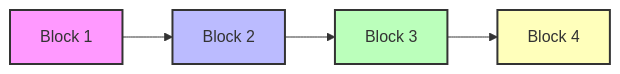
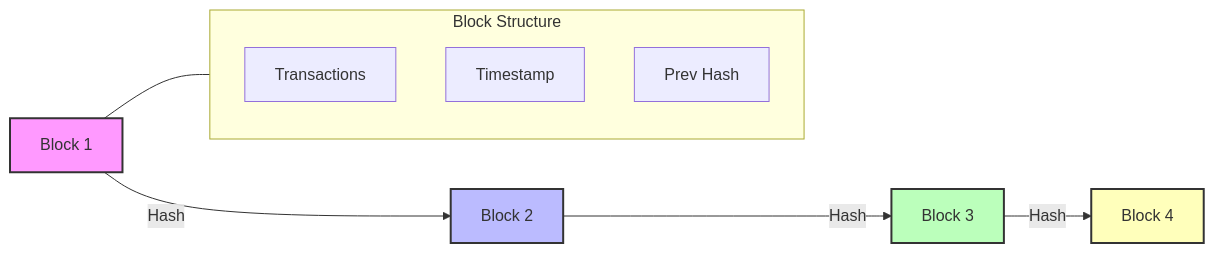
One commit to MrRogueKnight/Dev3Pack-Lisk-Solidity-Bootcamp-2025 changed the first of 4 diagrams in sessions/week1-lecture1-intro-blockchain.md. Above: the diagram before and after it, drawn with Mermaid. The commit also changed other lines of this file, not shown here.

````diff
--- a/sessions/week1-lecture1-intro-blockchain.md
+++ b/sessions/week1-lecture1-intro-blockchain.md
@@ -33,10 +33,20 @@
 ```mermaid
-graph LR
-  A[Block 1] --> B[Block 2]
-  B --> C[Block 3]
-  C --> D[Block 4]
-  style A fill:#f9f,stroke:#333,stroke-width:2px
-  style B fill:#bbf,stroke:#333,stroke-width:2px
-  style C fill:#bfb,stroke:#333,stroke-width:2px
-  style D fill:#ffb,stroke:#333,stroke-width:2px
+flowchart LR
+    A[Block 1]
+    B[Block 2]
+    C[Block 3]
+    D[Block 4]
+    A -- Hash --> B
+    B -- Hash --> C
+    C -- Hash --> D
+    subgraph BlockDetails[Block Structure]
+        TX[Transactions]
+        TS[Timestamp]
+        Prev[Prev Hash]
+    end
+    A --- BlockDetails
+    style A fill:#f9f,stroke:#333,stroke-width:2px
+    style B fill:#bbf,stroke:#333,stroke-width:2px
+    style C fill:#bfb,stroke:#333,stroke-width:2px
+    style D fill:#ffb,stroke:#333,stroke-width:2px
 ```
````
